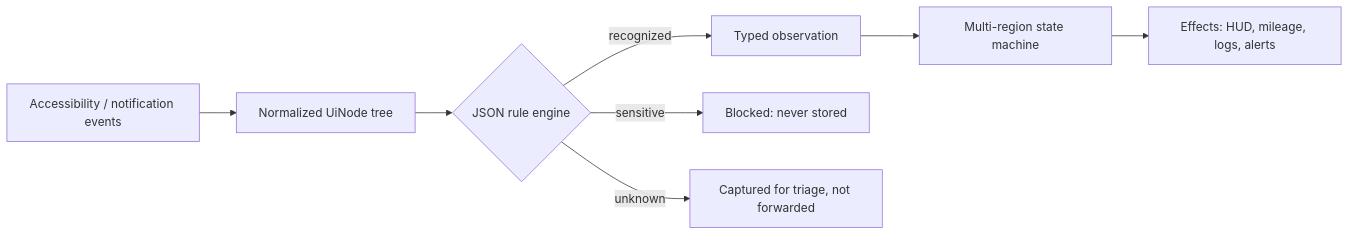
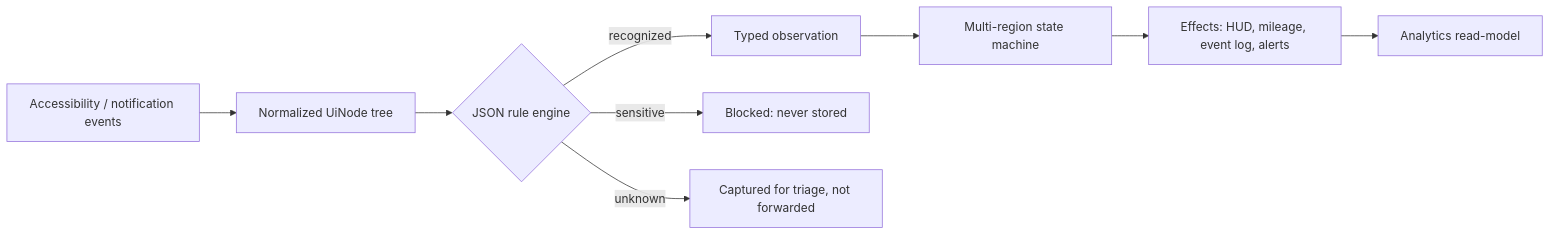
Before and after one commit to sjtrotter/DashBuddy: the diagram in README.md, drawn with Mermaid. The commit also changed other lines of this file and 1 other file, not shown here.

First line of the commit message:
docs: refresh README and ROADMAP to the 2026-10-04 state (closes #946)

````diff
--- a/README.md
+++ b/README.md
@@ -123,10 +153,11 @@
 ```mermaid
 graph LR
     A[Accessibility / notification events] --> B[Normalized UiNode tree]
     B --> C{JSON rule engine}
     C -- recognized --> D[Typed observation]
     C -- sensitive --> X[Blocked: never stored]
     C -- unknown --> Y[Captured for triage, not forwarded]
     D --> E[Multi-region state machine]
-    E --> F[Effects: HUD, mileage, logs, alerts]
+    E --> F[Effects: HUD, mileage, event log, alerts]
+    F --> G[Analytics read-model]
 ```
````
